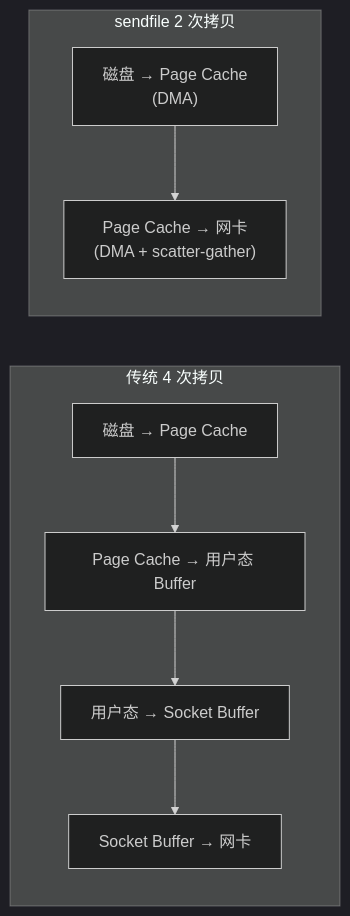
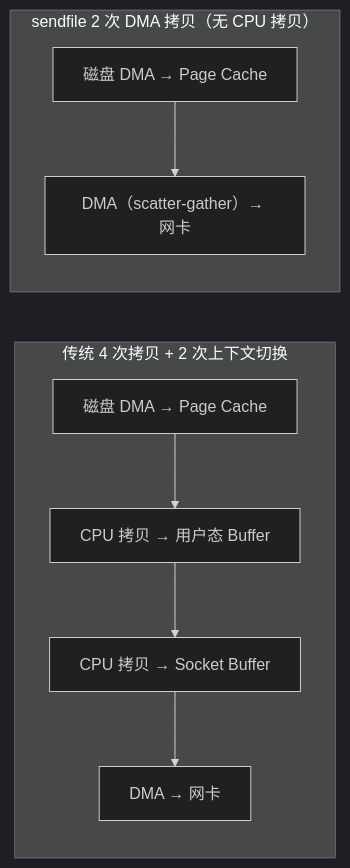
Before and after one commit to guozy502/my-tech-blog: the third of 3 diagrams in content/posts/中间件/Kafka 高吞吐原理——零拷贝、顺序写、页缓存、压缩算法.md, drawn with Mermaid (dark theme). The commit also changed other lines of this file and 93 other files, not shown here.

Commit message:
chore(blog): 调整图片

````diff
--- a/content/posts/中间件/Kafka 高吞吐原理——零拷贝、顺序写、页缓存、压缩算法.md
+++ b/content/posts/中间件/Kafka 高吞吐原理——零拷贝、顺序写、页缓存、压缩算法.md
@@ -62,10 +93,12 @@
 ```mermaid
 flowchart LR
-    subgraph traditional["传统 4 次拷贝"]
-        T1["磁盘 → Page Cache"] --> T2["Page Cache → 用户态 Buffer"] --> T3["用户态 → Socket Buffer"] --> T4["Socket Buffer → 网卡"]
+    subgraph traditional["传统 4 次拷贝 + 2 次上下文切换"]
+        T1["磁盘 DMA → Page Cache"] --> T2["CPU 拷贝 → 用户态 Buffer"]
+        T2 --> T3["CPU 拷贝 → Socket Buffer"]
+        T3 --> T4["DMA → 网卡"]
     end
     
-    subgraph zerocopy["sendfile 2 次拷贝"]
-        Z1["磁盘 → Page Cache\n(DMA)"] --> Z2["Page Cache → 网卡\n(DMA + scatter-gather)"]
+    subgraph zerocopy["sendfile 2 次 DMA 拷贝（无 CPU 拷贝）"]
+        Z1["磁盘 DMA → Page Cache"] --> Z2["DMA（scatter-gather）→ 网卡"]
     end
 ```
````
